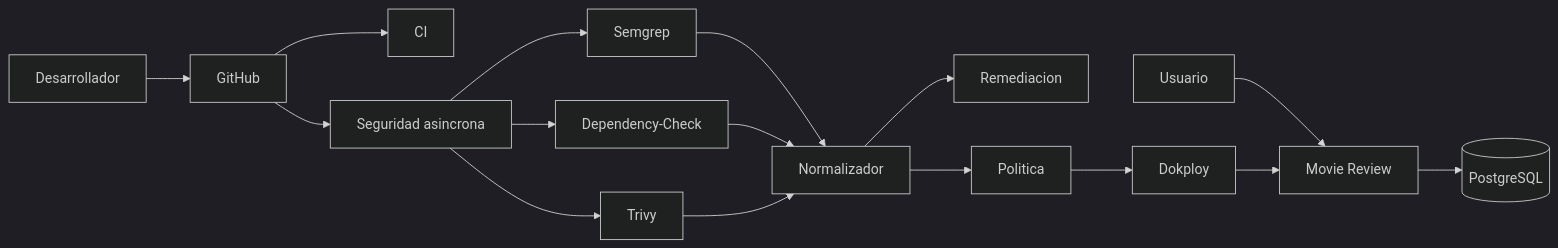
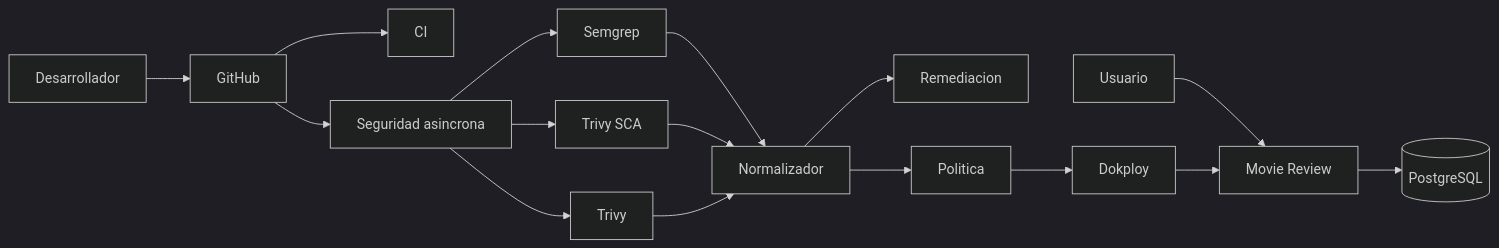
The diagram in docs/architecture.md (CGARCHER/movie-review-devsecops-mvp), drawn with Mermaid (dark theme) before and after one commit. The commit also changed 8 other files, not shown here.

````diff
--- a/docs/architecture.md
+++ b/docs/architecture.md
@@ -3,18 +3,18 @@
 ```mermaid
 flowchart LR
     U[Usuario] --> APP[Movie Review]
     APP --> DB[(PostgreSQL)]
     DEV[Desarrollador] --> GH[GitHub]
     GH --> CI[CI]
     GH --> SEC[Seguridad asincrona]
     SEC --> SAST[Semgrep]
-    SEC --> SCA[Dependency-Check]
+    SEC --> SCA[Trivy SCA]
     SEC --> IMG[Trivy]
     SAST --> N[Normalizador]
     SCA --> N
     IMG --> N
     N --> AI[Remediacion]
     N --> POLICY[Politica]
     POLICY --> DK[Dokploy]
     DK --> APP
 ```
````
